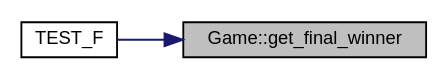
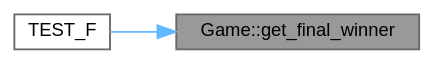
Before and after one commit to jesstyrrell/cosc345: the diagram in class_game_ab99ccbbb2632cadc6810cf11c75c80ff_icgraph.dot, drawn with Graphviz. The commit also changed 549 other files, not shown here.

```diff
--- a/class_game_ab99ccbbb2632cadc6810cf11c75c80ff_icgraph.dot
+++ b/class_game_ab99ccbbb2632cadc6810cf11c75c80ff_icgraph.dot
@@ -1,11 +1,12 @@
 digraph "Game::get_final_winner"
 {
  // INTERACTIVE_SVG=YES
  // LATEX_PDF_SIZE
-  edge [fontname="Helvetica",fontsize="10",labelfontname="Helvetica",labelfontsize="10"];
-  node [fontname="Helvetica",fontsize="10",shape=record];
+  bgcolor="transparent";
+  edge [fontname=Helvetica,fontsize=10,labelfontname=Helvetica,labelfontsize=10];
+  node [fontname=Helvetica,fontsize=10,shape=box,height=0.2,width=0.4];
   rankdir="RL";
-  Node1 [label="Game::get_final_winner",height=0.2,width=0.4,color="black", fillcolor="grey75", style="filled", fontcolor="black",tooltip="Determines the final winner of the game."];
-  Node1 -> Node2 [dir="back",color="midnightblue",fontsize="10",style="solid",fontname="Helvetica"];
-  Node2 [label="TEST_F",height=0.2,width=0.4,color="black", fillcolor="white", style="filled",URL="$test___game_8cc.html#abca9766bf1f1db38e41665720504deed",tooltip=" "];
+  Node1 [id="Node000001",label="Game::get_final_winner",height=0.2,width=0.4,color="gray40", fillcolor="grey60", style="filled", fontcolor="black",tooltip="Determines the final winner of the game."];
+  Node1 -> Node2 [id="edge1_Node000001_Node000002",dir="back",color="steelblue1",style="solid",tooltip=" "];
+  Node2 [id="Node000002",label="TEST_F",height=0.2,width=0.4,color="grey40", fillcolor="white", style="filled",URL="$test___game_8cc.html#abca9766bf1f1db38e41665720504deed",tooltip=" "];
 }
```
